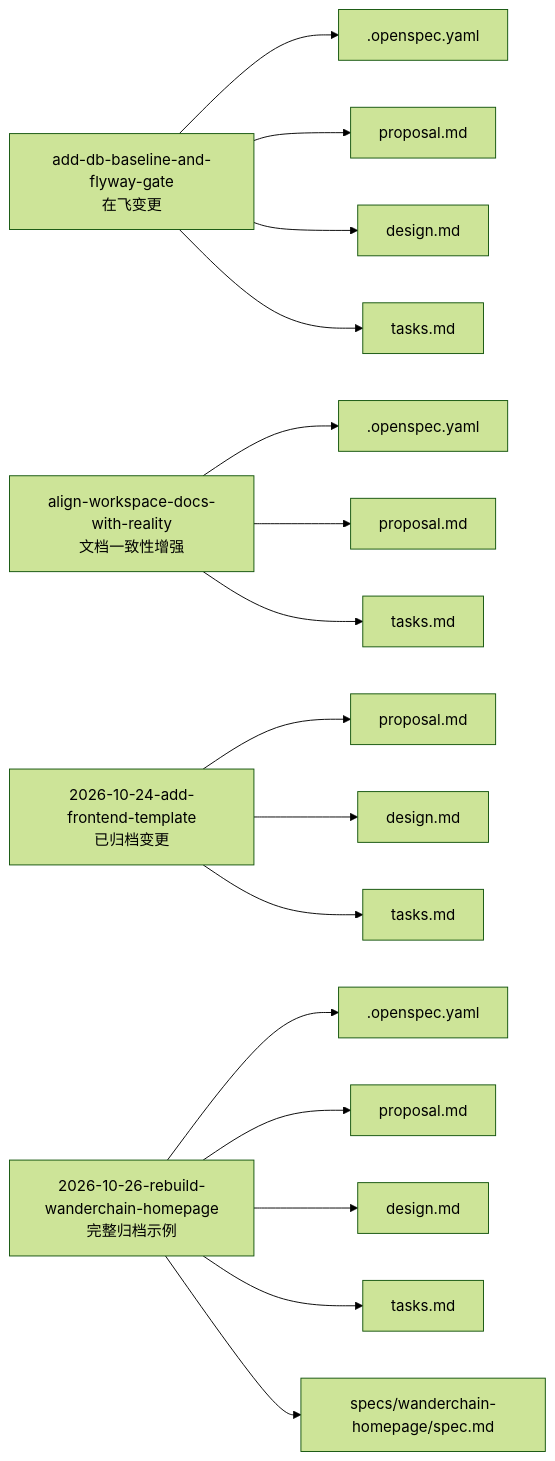
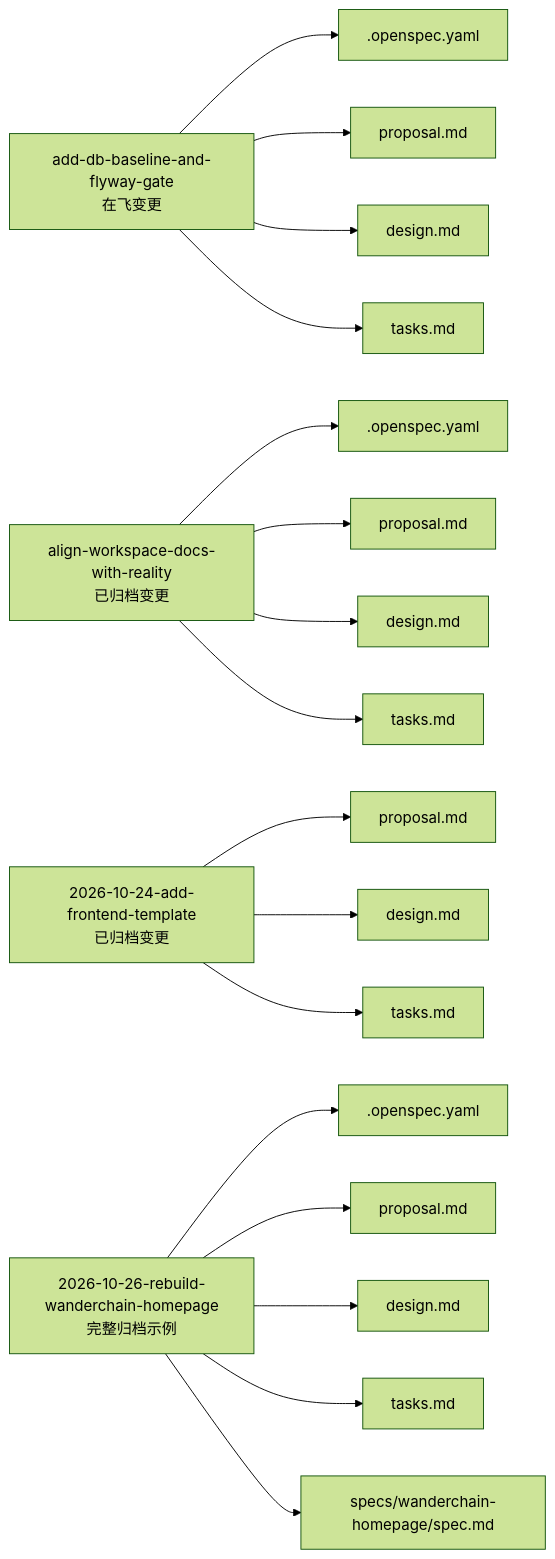
Before and after one commit to luyitiger6/my-first-project: the seventh of 9 diagrams in .qoder/repowiki/zh/content/规格驱动开发/规格驱动开发.md, drawn with Mermaid (forest theme). The commit also changed other lines of this file and 3 other files, not shown here.

````diff
--- a/.qoder/repowiki/zh/content/规格驱动开发/规格驱动开发.md
+++ b/.qoder/repowiki/zh/content/规格驱动开发/规格驱动开发.md
@@ -318,18 +318,19 @@
 ```mermaid
 graph LR
 ChangeA["add-db-baseline-and-flyway-gate<br/>在飞变更"] --> A1[".openspec.yaml"]
 ChangeA --> A2["proposal.md"]
 ChangeA --> A3["design.md"]
 ChangeA --> A4["tasks.md"]
-ChangeB["align-workspace-docs-with-reality<br/>文档一致性增强"] --> B1[".openspec.yaml"]
+ChangeB["align-workspace-docs-with-reality<br/>已归档变更"] --> B1[".openspec.yaml"]
 ChangeB --> B2["proposal.md"]
-ChangeB --> B3["tasks.md"]
+ChangeB --> B3["design.md"]
+ChangeB --> B4["tasks.md"]
 ChangeC["2026-10-24-add-frontend-template<br/>已归档变更"] --> C1["proposal.md"]
 ChangeC --> C2["design.md"]
 ChangeC --> C3["tasks.md"]
 ChangeD["2026-10-26-rebuild-wanderchain-homepage<br/>完整归档示例"] --> D1[".openspec.yaml"]
 ChangeD --> D2["proposal.md"]
 ChangeD --> D3["design.md"]
 ChangeD --> D4["tasks.md"]
 ChangeD --> D5["specs/wanderchain-homepage/spec.md"]
 ```
````
